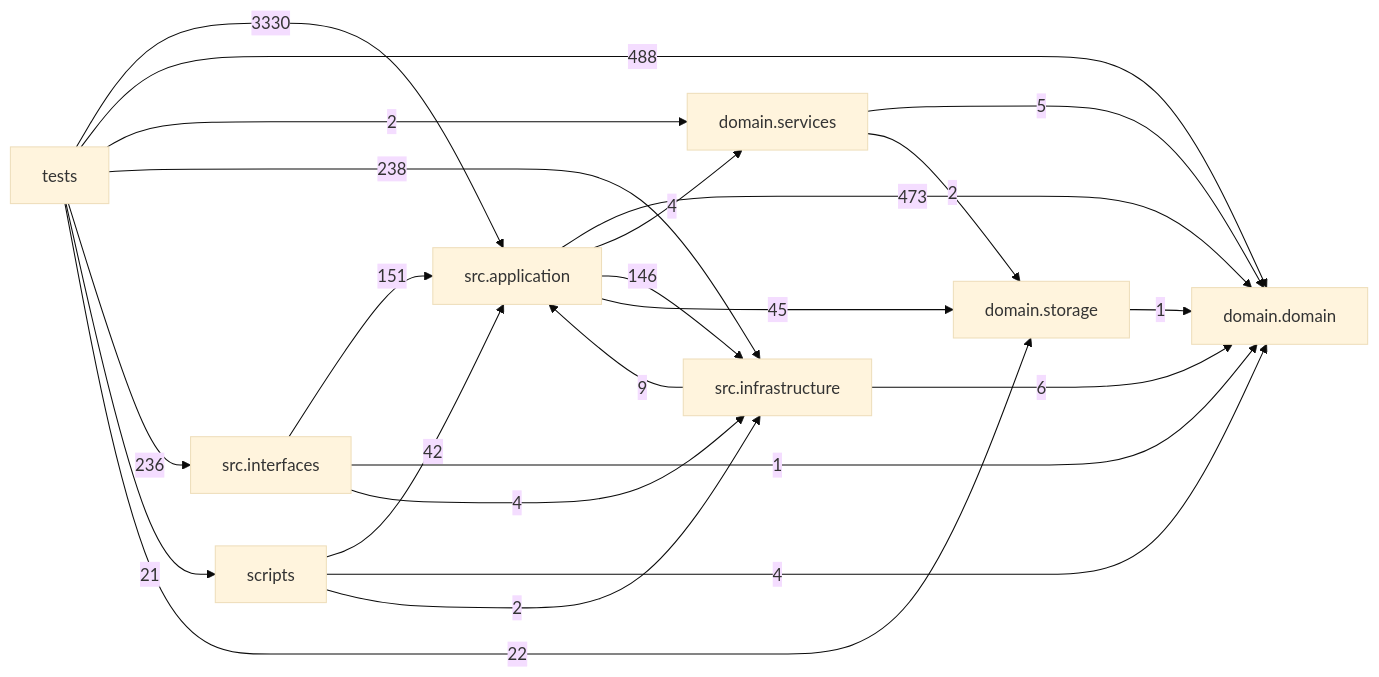
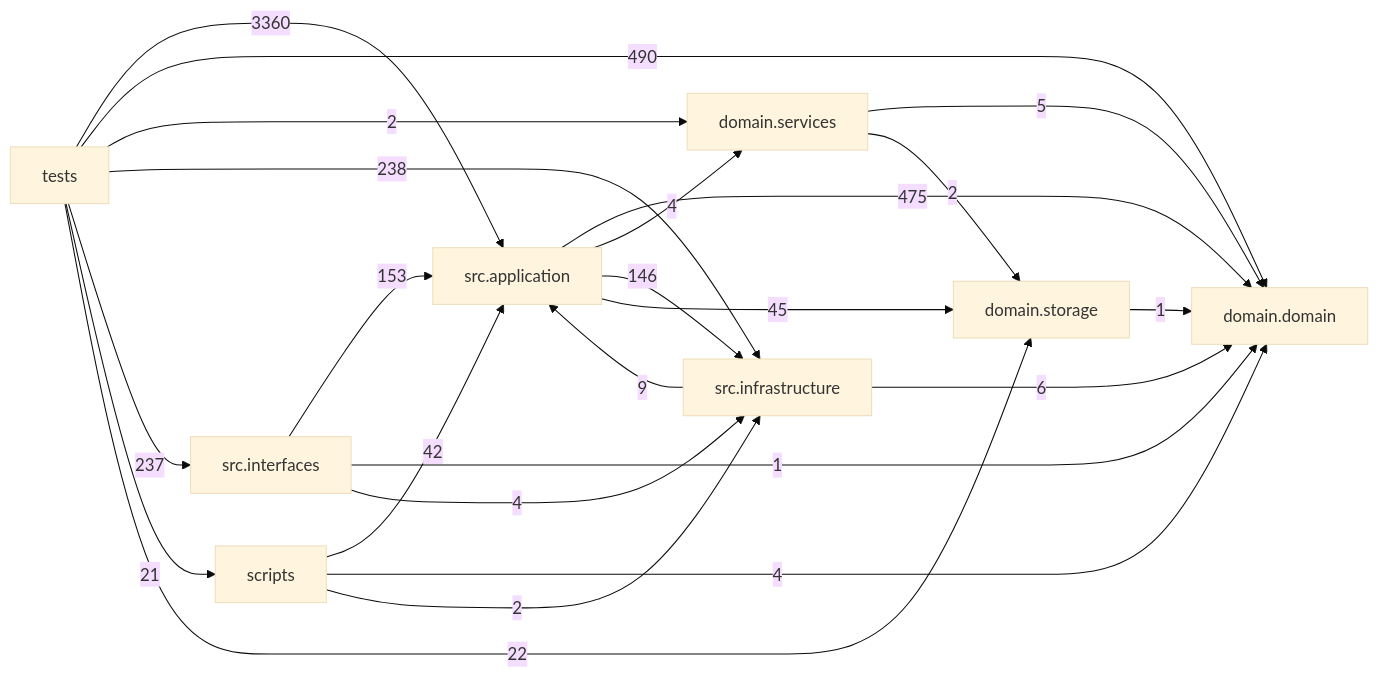
One commit to liuxie066/options-monitor changed the diagram in docs/DEPENDENCY_GRAPH.md. Above: the diagram before and after it, drawn with Mermaid (base theme). The commit also changed other lines of this file and 6 other files, not shown here.

````diff
--- a/docs/DEPENDENCY_GRAPH.md
+++ b/docs/DEPENDENCY_GRAPH.md
@@ -24,33 +24,33 @@
 ```mermaid
 flowchart LR
   tests["tests"]
   scripts["scripts"]
   interfaces["src.interfaces"]
   application["src.application"]
   infrastructure["src.infrastructure"]
   domain_services["domain.services"]
   domain["domain.domain"]
   storage["domain.storage"]
-  application -->|473| domain
+  application -->|475| domain
   application -->|4| domain_services
   application -->|146| infrastructure
   application -->|45| storage
   domain_services -->|5| domain
   domain_services -->|2| storage
   infrastructure -->|9| application
   infrastructure -->|6| domain
-  interfaces -->|151| application
+  interfaces -->|153| application
   interfaces -->|1| domain
   interfaces -->|4| infrastructure
   scripts -->|42| application
   scripts -->|4| domain
   scripts -->|2| infrastructure
   storage -->|1| domain
-  tests -->|3330| application
-  tests -->|488| domain
+  tests -->|3360| application
+  tests -->|490| domain
   tests -->|2| domain_services
   tests -->|238| infrastructure
-  tests -->|236| interfaces
+  tests -->|237| interfaces
   tests -->|21| scripts
   tests -->|22| storage
 ```
````
